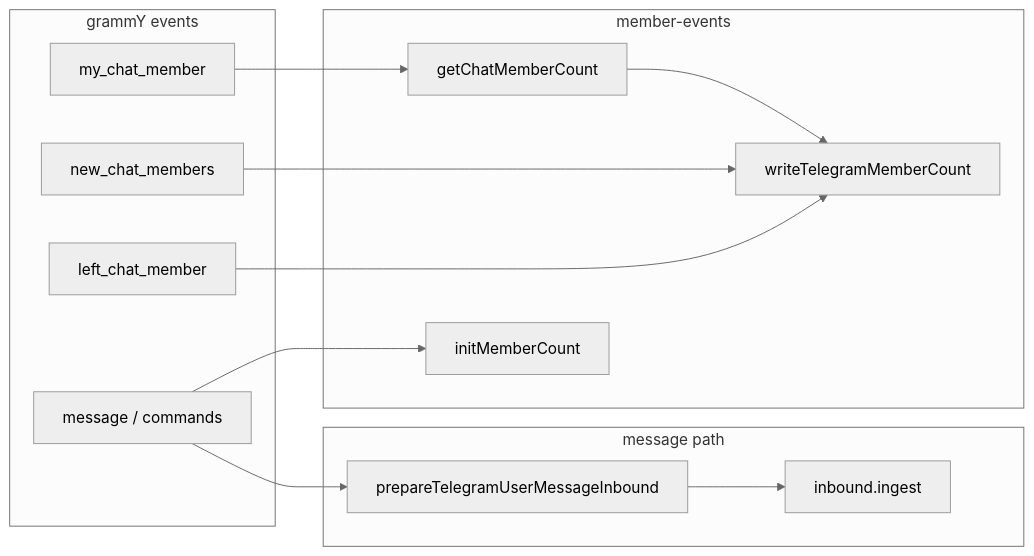
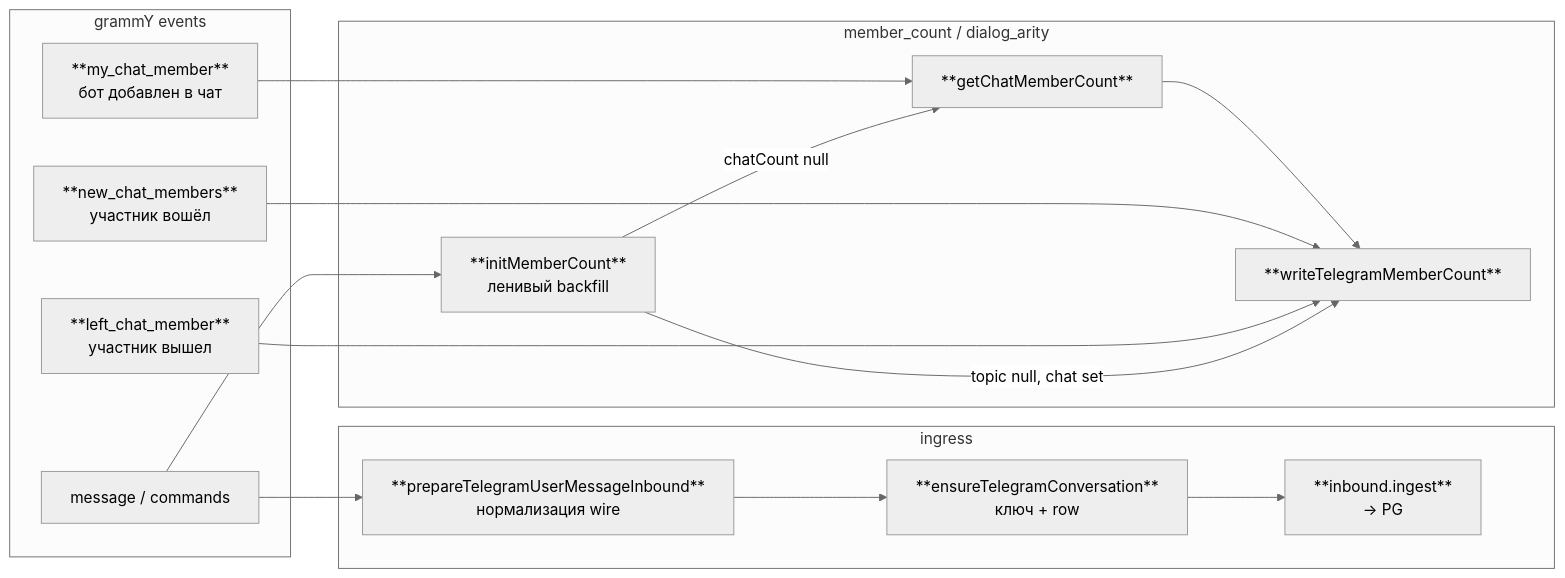
One commit to skepsik/utlas.design changed the first of 2 diagrams in content/transport/telegram.md. Above: the diagram before and after it, drawn with Mermaid (neutral theme). The commit also changed other lines of this file and 1 other file, not shown here.

````diff
--- a/content/transport/telegram.md
+++ b/content/transport/telegram.md
@@ -25,26 +38,29 @@
 ```mermaid
 flowchart LR
   subgraph events ["grammY events"]
-    MCM["my_chat_member"]
-    NCM["new_chat_members"]
-    LCM["left_chat_member"]
+    MCM["**my_chat_member**<br/>бот добавлен в чат"]
+    NCM["**new_chat_members**<br/>участник вошёл"]
+    LCM["**left_chat_member**<br/>участник вышел"]
     MSG["message / commands"]
   end
 
-  subgraph chat_path ["message path"]
-    PREP["prepareTelegramUserMessageInbound"]
-    ING["inbound.ingest"]
+  subgraph ingress_path ["ingress"]
+    PREP["**prepareTelegramUserMessageInbound**<br/>нормализация wire"]
+    ENSURE["**ensureTelegramConversation**<br/>ключ + row"]
+    ING["**inbound.ingest**<br/>→ PG"]
   end
 
-  subgraph members ["member-events"]
-    WRT["writeTelegramMemberCount"]
-    INIT["initMemberCount"]
-    API["getChatMemberCount"]
+  subgraph members ["member_count / dialog_arity"]
+    API["**getChatMemberCount**"]
+    WRT["**writeTelegramMemberCount**"]
+    INIT["**initMemberCount**<br/>ленивый backfill"]
   end
 
   MCM --> API --> WRT
   NCM --> WRT
   LCM --> WRT
-  MSG --> PREP --> ING
+  MSG --> PREP --> ENSURE --> ING
   MSG --> INIT
+  INIT -->|"chatCount null"| API
+  INIT -->|"topic null, chat set"| WRT
 ```
````
